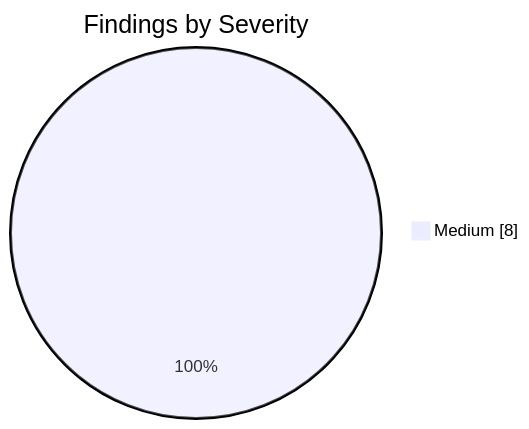
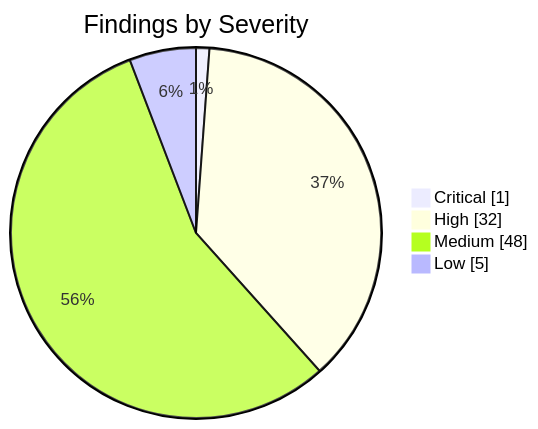
One commit to KBVE/kbve changed the first of 2 diagrams in apps/kbve/astro-kbve/src/content/docs/dashboard/security.mdx. Above: the diagram before and after it, drawn with Mermaid. The commit also changed other lines of this file and 7 other files, not shown here.

````diff
--- a/apps/kbve/astro-kbve/src/content/docs/dashboard/security.mdx
+++ b/apps/kbve/astro-kbve/src/content/docs/dashboard/security.mdx
@@ -62,5 +62,8 @@
 ```mermaid
 pie showData
     title Findings by Severity
-    "Medium" : 8
+    "Critical" : 1
+    "High" : 32
+    "Medium" : 48
+    "Low" : 5
 ```
````
